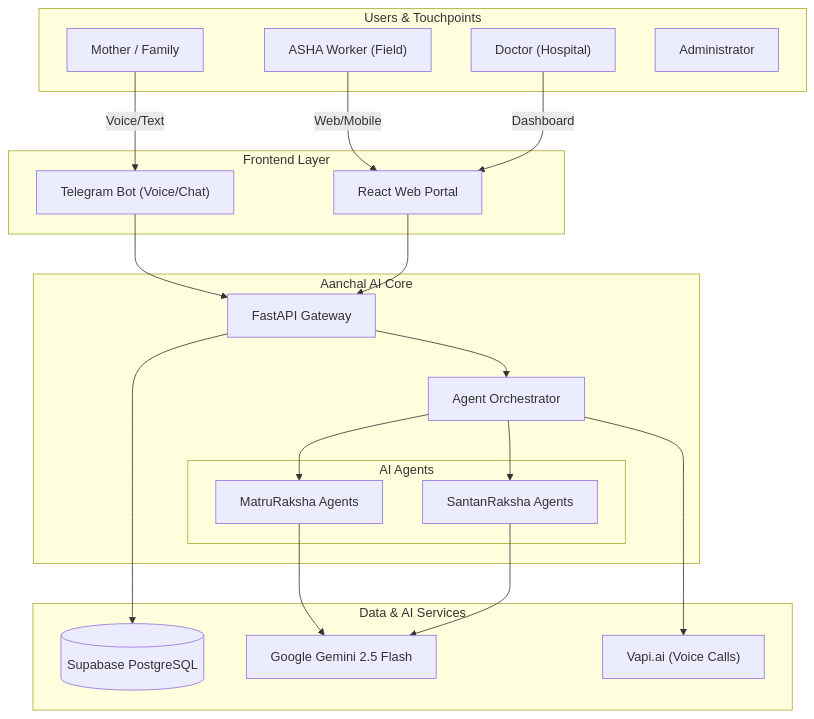
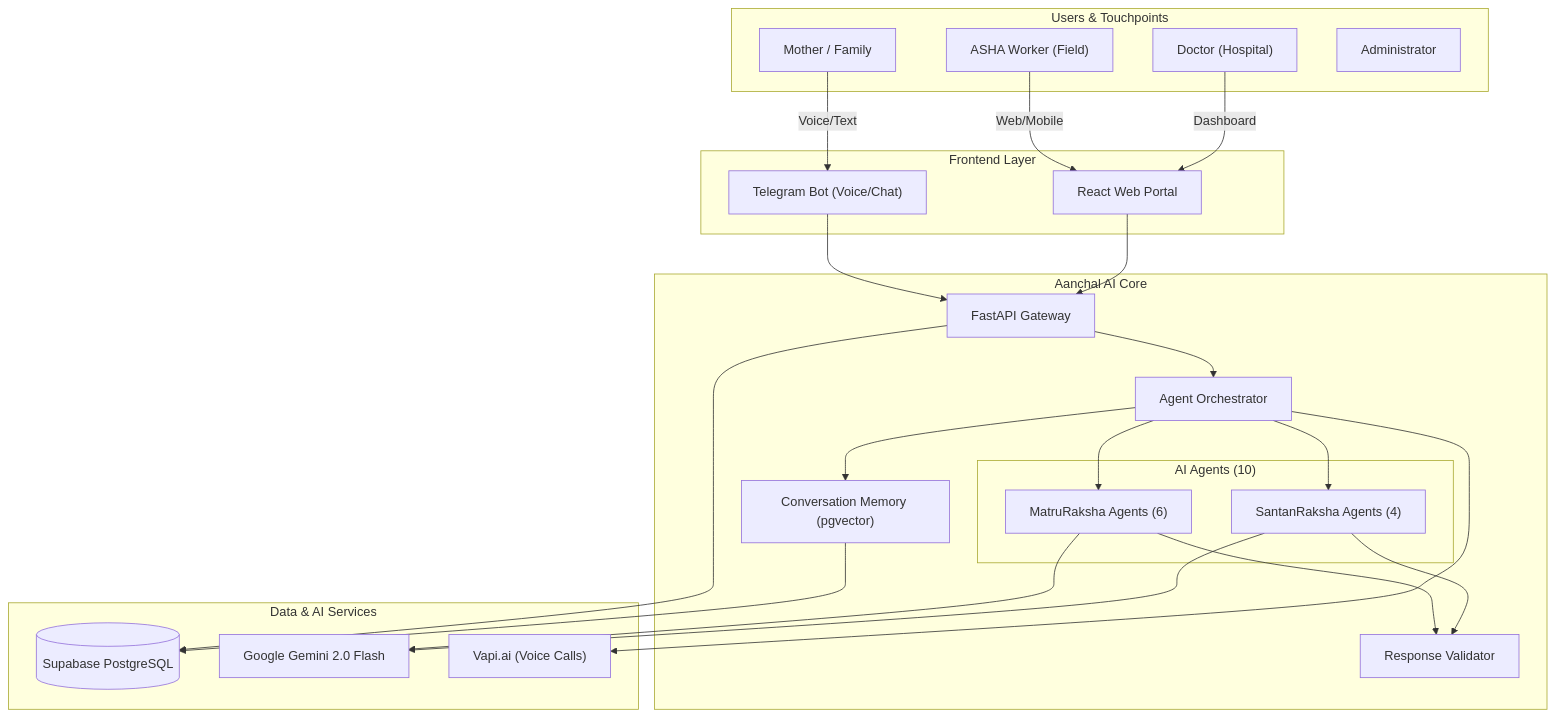
Before and after one commit to AIUtsavBot/aanchal_ai: the diagram in README.md, drawn with Mermaid. The commit also changed other lines of this file, not shown here.

Commit message:
docs: update README with accurate features, model names, and architecture

````diff
--- a/README.md
+++ b/README.md
@@ -62,48 +82,54 @@
 ```mermaid
 graph TD
     subgraph "Users & Touchpoints"
         Mother["Mother / Family"]
         ASHA["ASHA Worker (Field)"]
         Doctor["Doctor (Hospital)"]
         Admin["Administrator"]
     end
 
     subgraph "Frontend Layer"
         WebPC["React Web Portal"]
         Telegram["Telegram Bot (Voice/Chat)"]
     end
 
     subgraph "Aanchal AI Core"
         API["FastAPI Gateway"]
         Orch["Agent Orchestrator"]
+        Memory["Conversation Memory (pgvector)"]
+        Validator["Response Validator"]
         
-        subgraph "AI Agents"
-            Maternal["MatruRaksha Agents"]
-            Child["SantanRaksha Agents"]
+        subgraph "AI Agents (10)"
+            Maternal["MatruRaksha Agents (6)"]
+            Child["SantanRaksha Agents (4)"]
         end
     end
 
     subgraph "Data & AI Services"
         DB[("Supabase PostgreSQL")]
-        Gemini["Google Gemini 2.5 Flash"]
+        Gemini["Google Gemini 2.0 Flash"]
         Vapi["Vapi.ai (Voice Calls)"]
     end
 
     %% Flows
     Mother -->|Voice/Text| Telegram
     ASHA -->|Web/Mobile| WebPC
     Doctor -->|Dashboard| WebPC
     
     Telegram --> API
     WebPC --> API
     
     API --> Orch
+    Orch --> Memory
     Orch --> Maternal
     Orch --> Child
+    Maternal --> Validator
+    Child --> Validator
     
     Maternal --> Gemini
     Child --> Gemini
     
     API --> DB
+    Memory --> DB
     Orch --> Vapi
 ```
````
